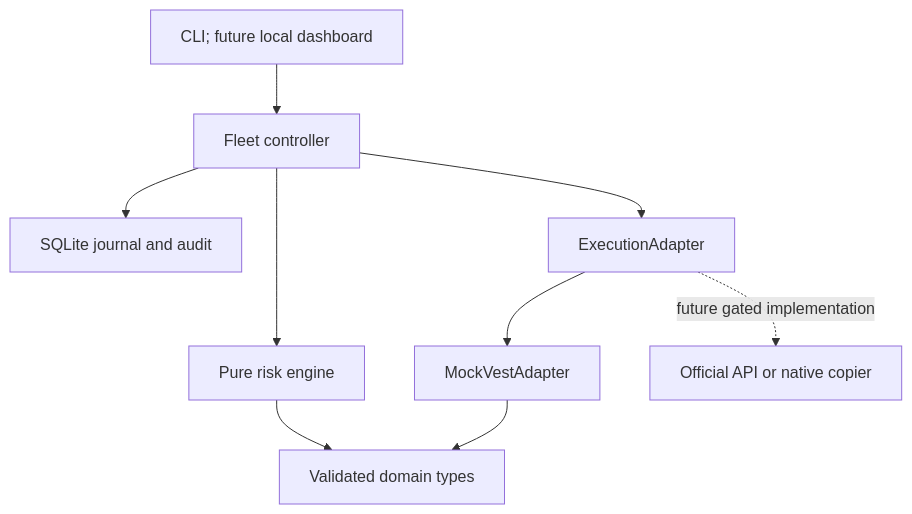
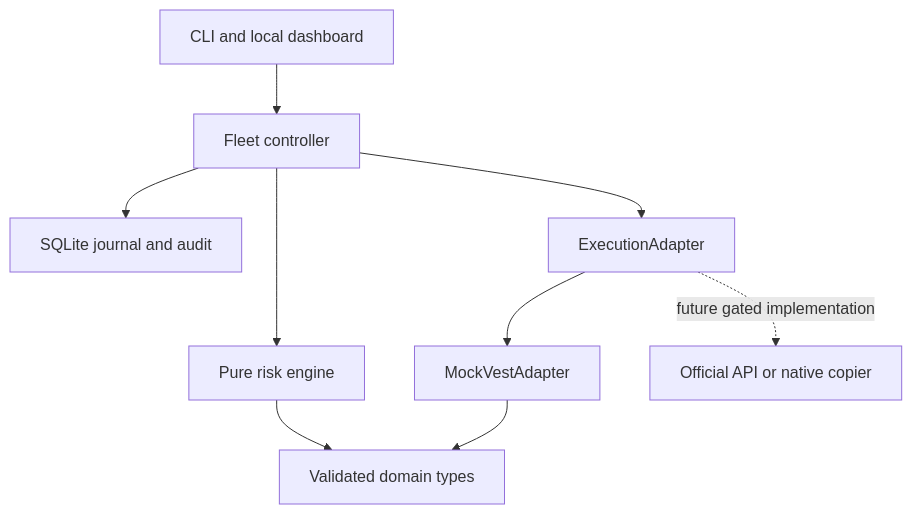
The diagram in docs/architecture.md (Mahdi451/vest-fleet-controller), drawn with Mermaid before and after one commit. The commit also changed other lines of this file and 19 other files, not shown here.

Commit message:
feat: add local dashboard with leverage allocation and real screenshots

````diff
--- a/docs/architecture.md
+++ b/docs/architecture.md
@@ -10,11 +10,11 @@
 ```mermaid
 flowchart TD
-  UI[CLI; future local dashboard] --> Fleet[Fleet controller]
+  UI[CLI and local dashboard] --> Fleet[Fleet controller]
   Fleet --> Risk[Pure risk engine]
   Risk --> Domain[Validated domain types]
   Fleet --> Journal[SQLite journal and audit]
   Fleet --> Port[ExecutionAdapter]
   Port --> Mock[MockVestAdapter]
   Port -. future gated implementation .-> Official[Official API or native copier]
   Mock --> Domain
 ```
````
